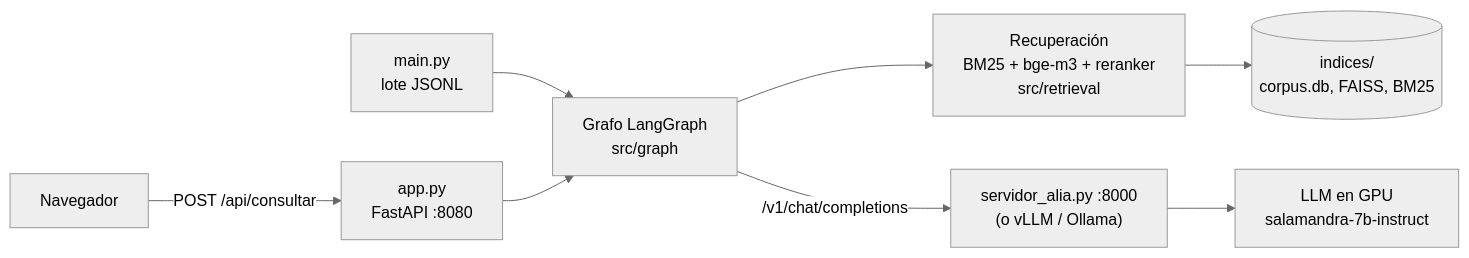
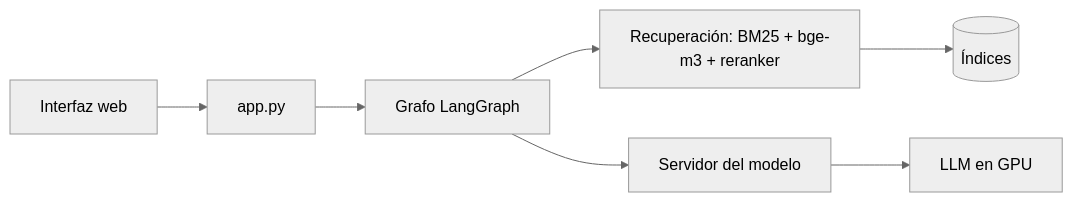
The diagram in README.md (NBaqueroO/LLM-Law-Learning-Machine), drawn with Mermaid (neutral theme) before and after one commit. The commit also changed other lines of this file, not shown here.

````diff
--- a/README.md
+++ b/README.md
@@ -55,10 +37,9 @@
 ```mermaid
 flowchart LR
-    U[Navegador] -->|"POST /api/consultar"| A["app.py<br/>FastAPI :8080"]
-    L["main.py<br/>lote JSONL"] --> G
-    A --> G[Grafo LangGraph<br/>src/graph]
-    G --> R["Recuperación<br/>BM25 + bge-m3 + reranker<br/>src/retrieval"]
-    R --> I[("indices/<br/>corpus.db, FAISS, BM25")]
-    G -->|"/v1/chat/completions"| S["servidor_alia.py :8000<br/>(o vLLM / Ollama)"]
-    S --> M[LLM en GPU<br/>salamandra-7b-instruct]
+    U[Interfaz web] --> A[app.py]
+    A --> G[Grafo LangGraph]
+    G --> R[Recuperación: BM25 + bge-m3 + reranker]
+    R --> I[(Índices)]
+    G --> S[Servidor del modelo]
+    S --> M[LLM en GPU]
 ```
````
